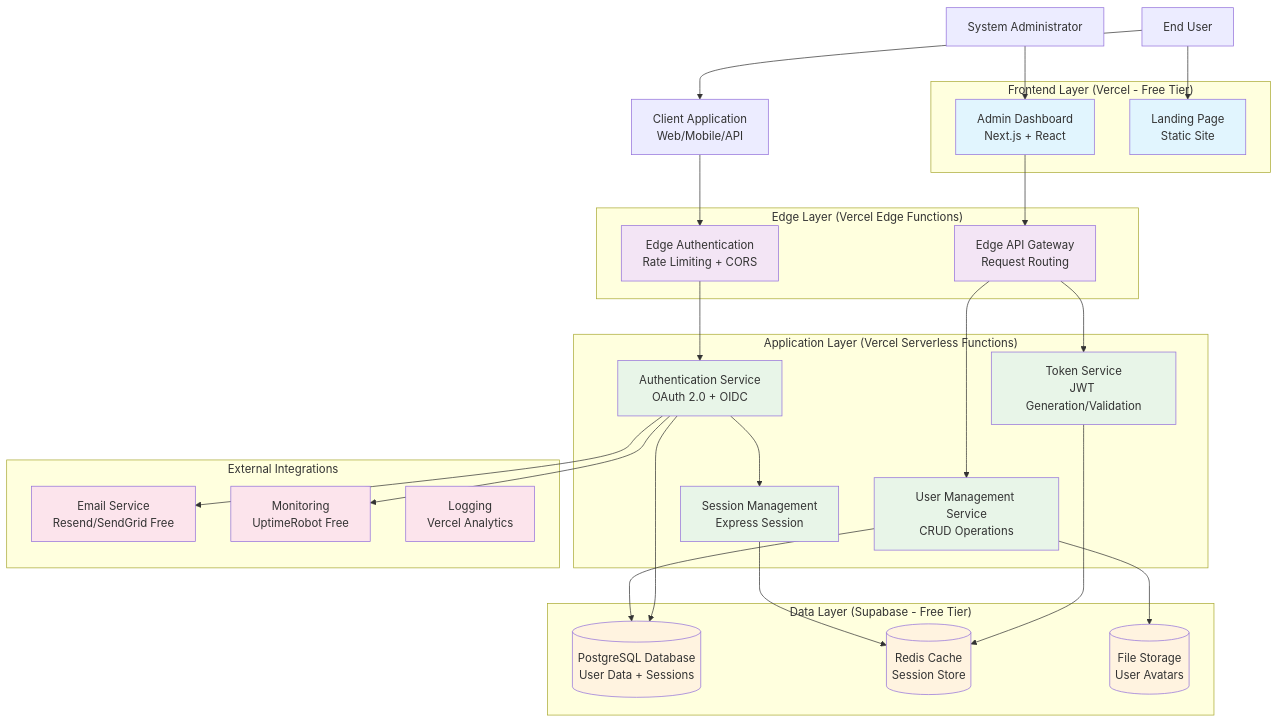
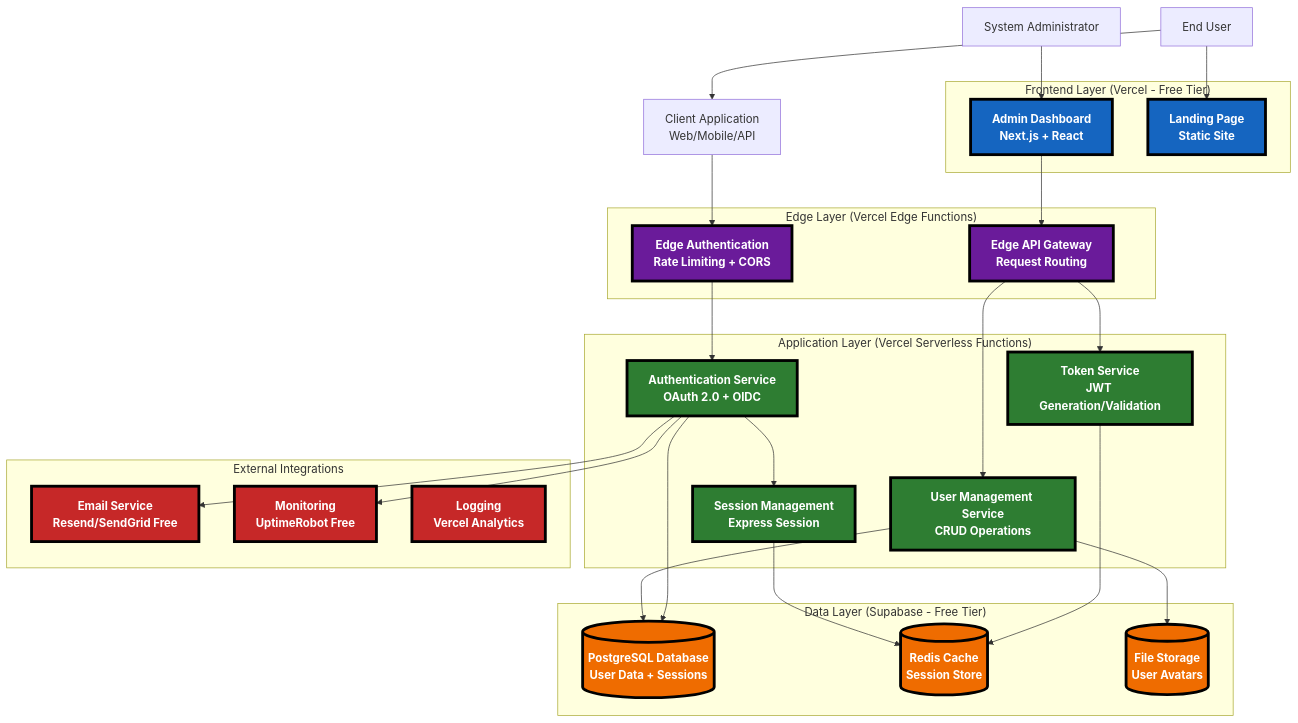
The first of 4 diagrams in docs/architecture/diagrams/system-architecture.md (michchan/project-authenti-idp), drawn with Mermaid before and after one commit. The commit also changed other lines of this file and 22 other files, not shown here.

Commit message:
Review agent’s plan for architecture / and further on ux design

````diff
--- a/docs/architecture/diagrams/system-architecture.md
+++ b/docs/architecture/diagrams/system-architecture.md
@@ -5,76 +5,76 @@
 ```mermaid
 graph TB
     %% External Actors
     User[End User]
     ClientApp[Client Application<br/>Web/Mobile/API]
     Admin[System Administrator]
     
     %% Frontend Layer
     subgraph "Frontend Layer (Vercel - Free Tier)"
         AdminDash[Admin Dashboard<br/>Next.js + React]
         LandingPage[Landing Page<br/>Static Site]
     end
     
     %% API Gateway / Load Balancer
     subgraph "Edge Layer (Vercel Edge Functions)"
         EdgeAuth[Edge Authentication<br/>Rate Limiting + CORS]
         EdgeAPI[Edge API Gateway<br/>Request Routing]
     end
     
     %% Core Services Layer
     subgraph "Application Layer (Vercel Serverless Functions)"
         AuthService[Authentication Service<br/>OAuth 2.0 + OIDC]
         UserService[User Management Service<br/>CRUD Operations]
         TokenService[Token Service<br/>JWT Generation/Validation]
         SessionService[Session Management<br/>Express Session]
     end
     
     %% Data Layer
     subgraph "Data Layer (Supabase - Free Tier)"
         PostgresDB[(PostgreSQL Database<br/>User Data + Sessions)]
         Redis[(Redis Cache<br/>Session Store)]
         FileStorage[(File Storage<br/>User Avatars)]
     end
     
     %% External Services
     subgraph "External Integrations"
         EmailService[Email Service<br/>Resend/SendGrid Free]
         MonitorService[Monitoring<br/>UptimeRobot Free]
         LogService[Logging<br/>Vercel Analytics]
     end
     
     %% Connections
     User --> ClientApp
     Admin --> AdminDash
     User --> LandingPage
     
     ClientApp --> EdgeAuth
     AdminDash --> EdgeAPI
     
     EdgeAuth --> AuthService
     EdgeAPI --> UserService
     EdgeAPI --> TokenService
     
     AuthService --> SessionService
     AuthService --> PostgresDB
     UserService --> PostgresDB
     TokenService --> Redis
     SessionService --> Redis
     
     AuthService --> EmailService
     AuthService --> MonitorService
     UserService --> FileStorage
     
-    %% Styling
-    classDef frontend fill:#e1f5fe
-    classDef edge fill:#f3e5f5
-    classDef service fill:#e8f5e8
-    classDef data fill:#fff3e0
-    classDef external fill:#fce4ec
+    %% High-contrast styling with bold borders
+    classDef frontend fill:#1565C0,stroke:#000000,stroke-width:4px,color:#FFFFFF,font-weight:bold
+    classDef edge fill:#6A1B9A,stroke:#000000,stroke-width:4px,color:#FFFFFF,font-weight:bold
+    classDef service fill:#2E7D32,stroke:#000000,stroke-width:4px,color:#FFFFFF,font-weight:bold
+    classDef data fill:#EF6C00,stroke:#000000,stroke-width:4px,color:#FFFFFF,font-weight:bold
+    classDef external fill:#C62828,stroke:#000000,stroke-width:4px,color:#FFFFFF,font-weight:bold
     
     class AdminDash,LandingPage frontend
     class EdgeAuth,EdgeAPI edge
     class AuthService,UserService,TokenService,SessionService service
     class PostgresDB,Redis,FileStorage data
     class EmailService,MonitorService,LogService external
 ```
````
